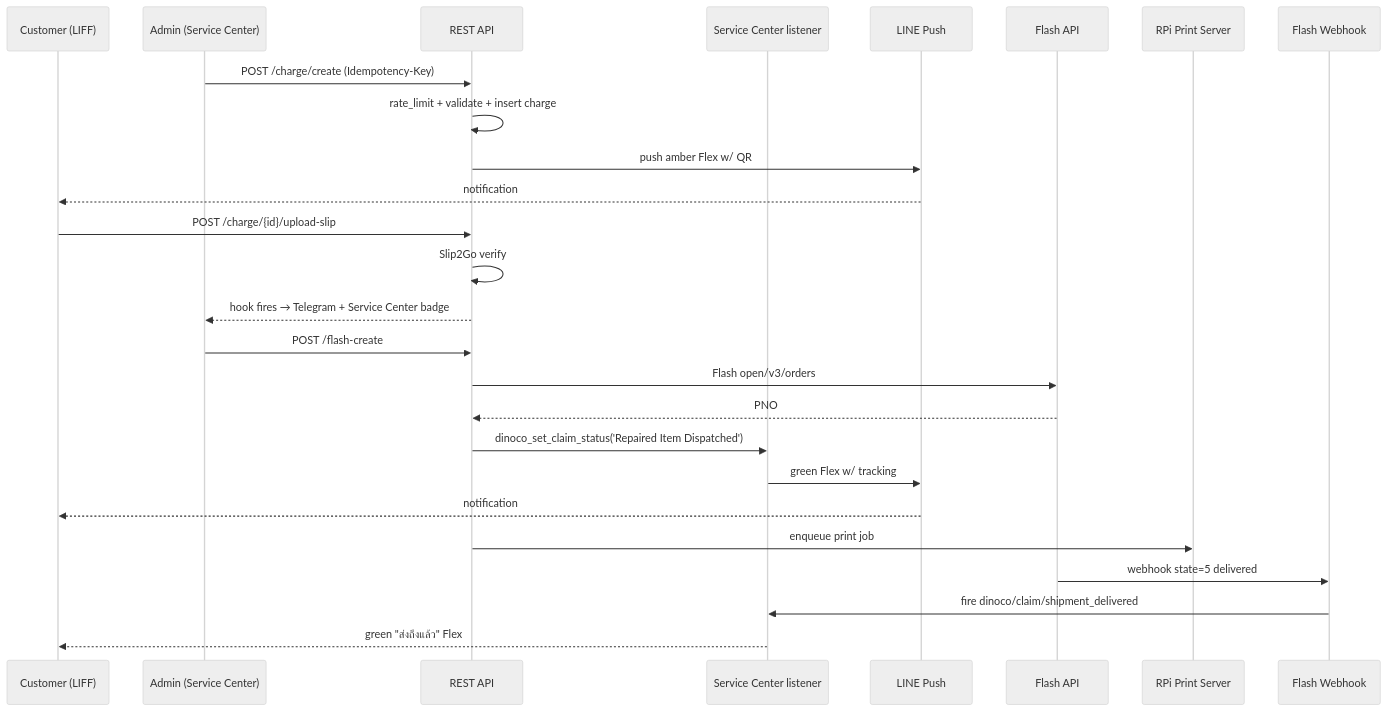
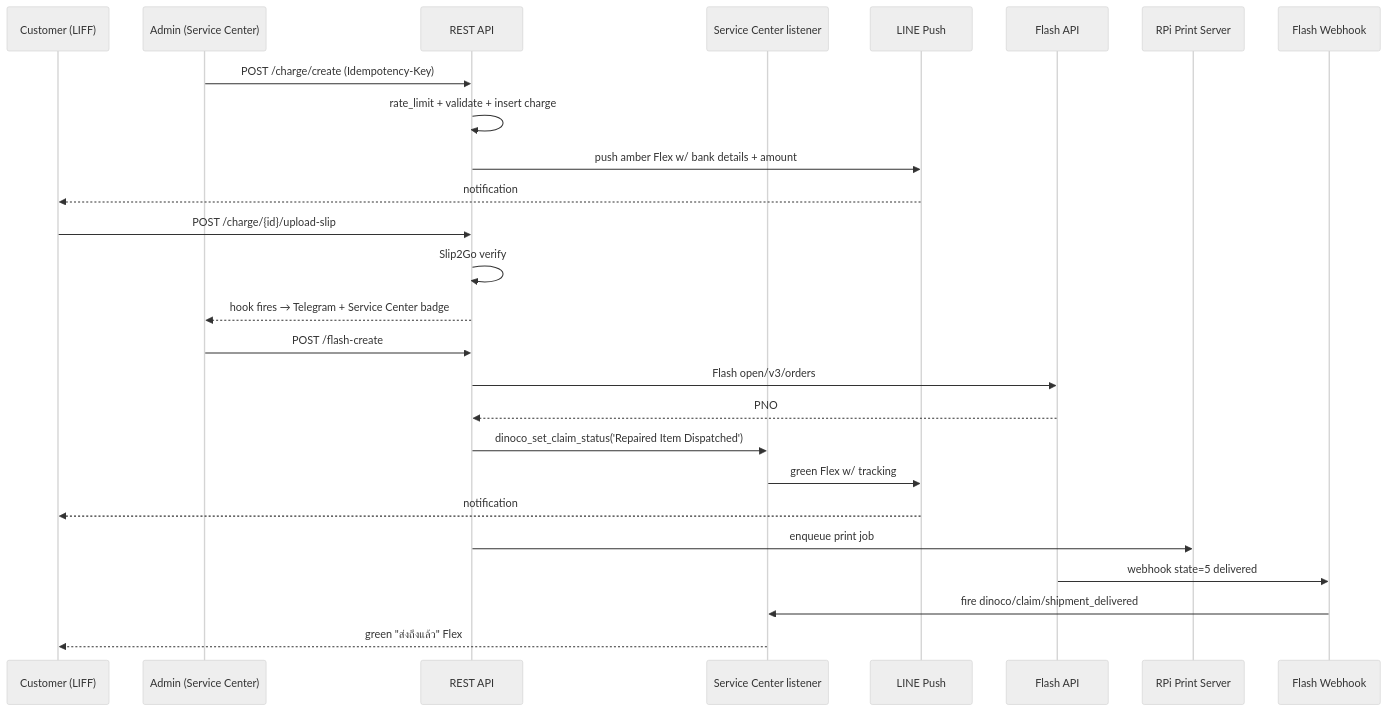
Before and after one commit to Vrprammz/DINOCO-SYSTEM-Front-End---Back-End: the first of 3 diagrams in docs/feature-specs/FEATURE-SPEC-CLAIM-LIFECYCLE-2026-05-13.md, drawn with Mermaid (neutral theme). The commit also changed other lines of this file, not shown here.

````diff
--- a/docs/feature-specs/FEATURE-SPEC-CLAIM-LIFECYCLE-2026-05-13.md
+++ b/docs/feature-specs/FEATURE-SPEC-CLAIM-LIFECYCLE-2026-05-13.md
@@ -123,29 +125,29 @@
 ```mermaid
 sequenceDiagram
     participant CST as Customer (LIFF)
     participant ADM as Admin (Service Center)
     participant API as REST API
     participant SC as Service Center listener
     participant LINE as LINE Push
     participant FLASH as Flash API
     participant RPi as RPi Print Server
     participant WH as Flash Webhook
 
     ADM->>API: POST /charge/create (Idempotency-Key)
     API->>API: rate_limit + validate + insert charge
-    API->>LINE: push amber Flex w/ QR
+    API->>LINE: push amber Flex w/ bank details + amount
     LINE-->>CST: notification
     CST->>API: POST /charge/{id}/upload-slip
     API->>API: Slip2Go verify
     API-->>ADM: hook fires → Telegram + Service Center badge
     ADM->>API: POST /flash-create
     API->>FLASH: Flash open/v3/orders
     FLASH-->>API: PNO
     API->>SC: dinoco_set_claim_status('Repaired Item Dispatched')
     SC->>LINE: green Flex w/ tracking
     LINE-->>CST: notification
     API->>RPi: enqueue print job
     FLASH->>WH: webhook state=5 delivered
     WH->>SC: fire dinoco/claim/shipment_delivered
     SC-->>CST: green "ส่งถึงแล้ว" Flex
 ```
````
